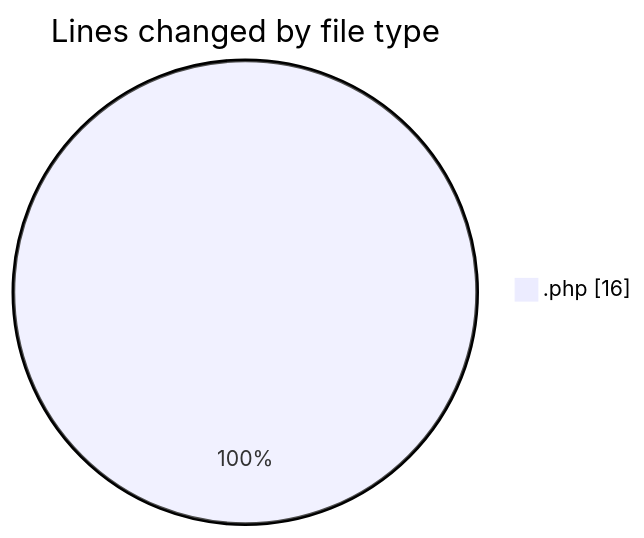
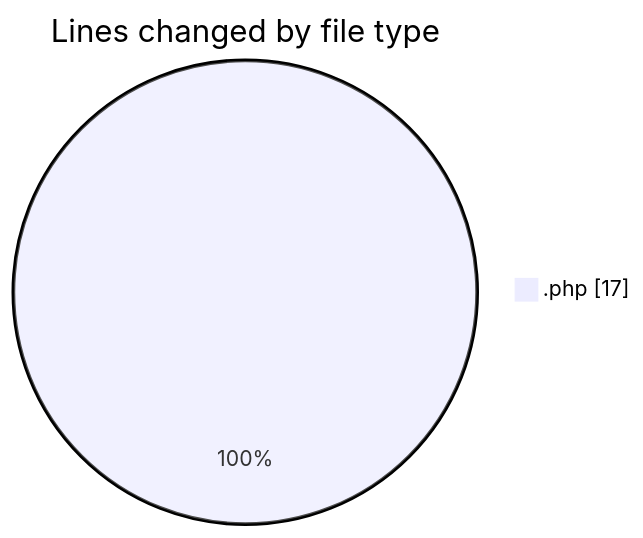
Before and after one commit to idhammustaqopulfikri/code-tracking: the first of 2 diagrams in 2025-03-28/autodidak/README.md, drawn with Mermaid. The commit also changed other lines of this file and 1 other file, not shown here.

````diff
--- a/2025-03-28/autodidak/README.md
+++ b/2025-03-28/autodidak/README.md
@@ -20,5 +21,5 @@
 ```mermaid
 pie showData
 title Lines changed by file type
-".php" : 16
+".php" : 17
 ```
````
